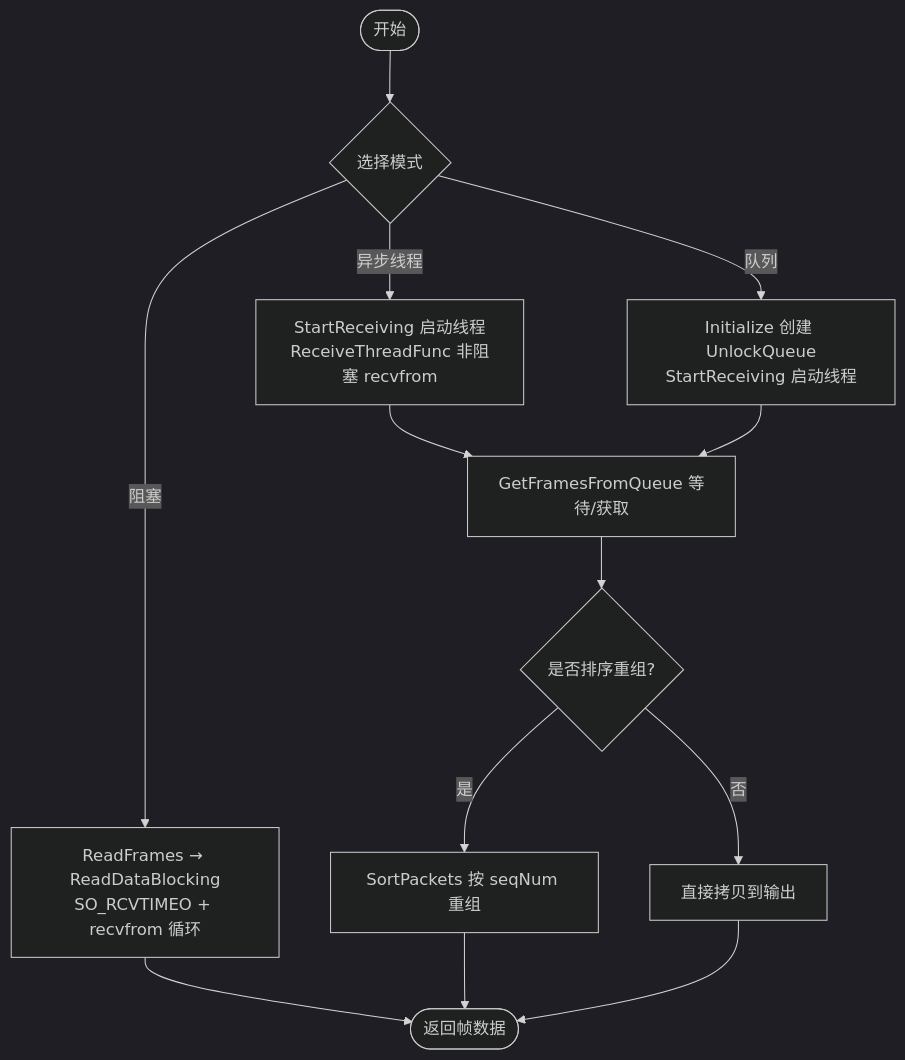
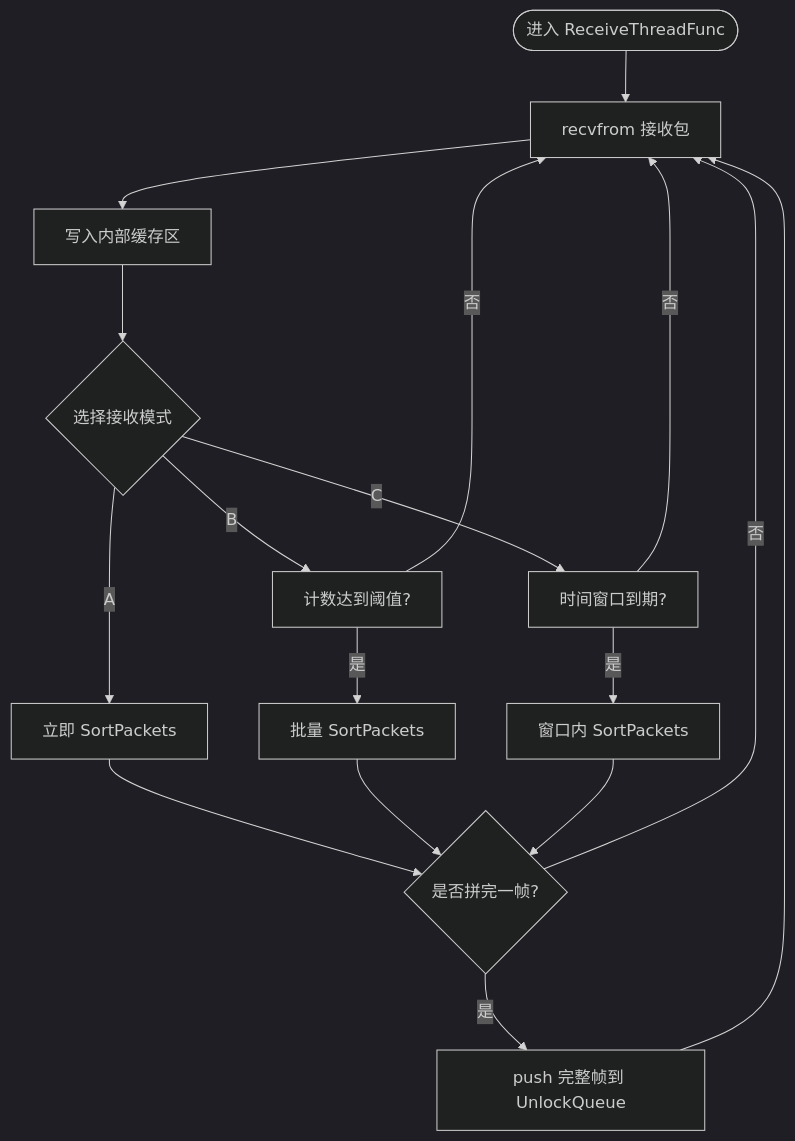
One commit to Lukad77/awr1843-radar-toolkit changed the third of 6 diagrams in .qoder/repowiki/zh/content/网络数据链路与解析/数据接收与帧重组.md. Above: the diagram before and after it, drawn with Mermaid (dark theme). The commit also changed other lines of this file and 106 other files, not shown here.

````diff
--- a/.qoder/repowiki/zh/content/网络数据链路与解析/数据接收与帧重组.md
+++ b/.qoder/repowiki/zh/content/网络数据链路与解析/数据接收与帧重组.md
@@ -143,15 +128,19 @@
 ```mermaid
 flowchart TD
-Start(["开始"]) --> Mode{"选择模式"}
-Mode --> |阻塞| Blocking["ReadFrames → ReadDataBlocking<br/>SO_RCVTIMEO + recvfrom 循环"]
-Mode --> |异步线程| Async["StartReceiving 启动线程<br/>ReceiveThreadFunc 非阻塞 recvfrom"]
-Mode --> |队列| Queue["Initialize 创建 UnlockQueue<br/>StartReceiving 启动线程"]
-Async --> WaitQ["GetFramesFromQueue 等待/获取"]
-Queue --> WaitQ
-Blocking --> Done(["返回帧数据"])
-WaitQ --> Sort{"是否排序重组?"}
-Sort --> |是| Reorder["SortPackets 按 seqNum 重组"]
-Sort --> |否| Copy["直接拷贝到输出"]
-Reorder --> Done
-Copy --> Done
+Start(["进入 ReceiveThreadFunc"]) --> Recv["recvfrom 接收包"]
+Recv --> Cache["写入内部缓存区"]
+Cache --> Mode{"选择接收模式"}
+Mode --> |A| TrySortA["立即 SortPackets"]
+Mode --> |B| Count["计数达到阈值?"]
+Count --> |否| Recv
+Count --> |是| TrySortB["批量 SortPackets"]
+Mode --> |C| Window["时间窗口到期?"]
+Window --> |否| Recv
+Window --> |是| TrySortC["窗口内 SortPackets"]
+TrySortA --> FrameReady{"是否拼完一帧?"}
+TrySortB --> FrameReady
+TrySortC --> FrameReady
+FrameReady --> |是| Enqueue["push 完整帧到 UnlockQueue"]
+FrameReady --> |否| Recv
+Enqueue --> Recv
 ```
````
